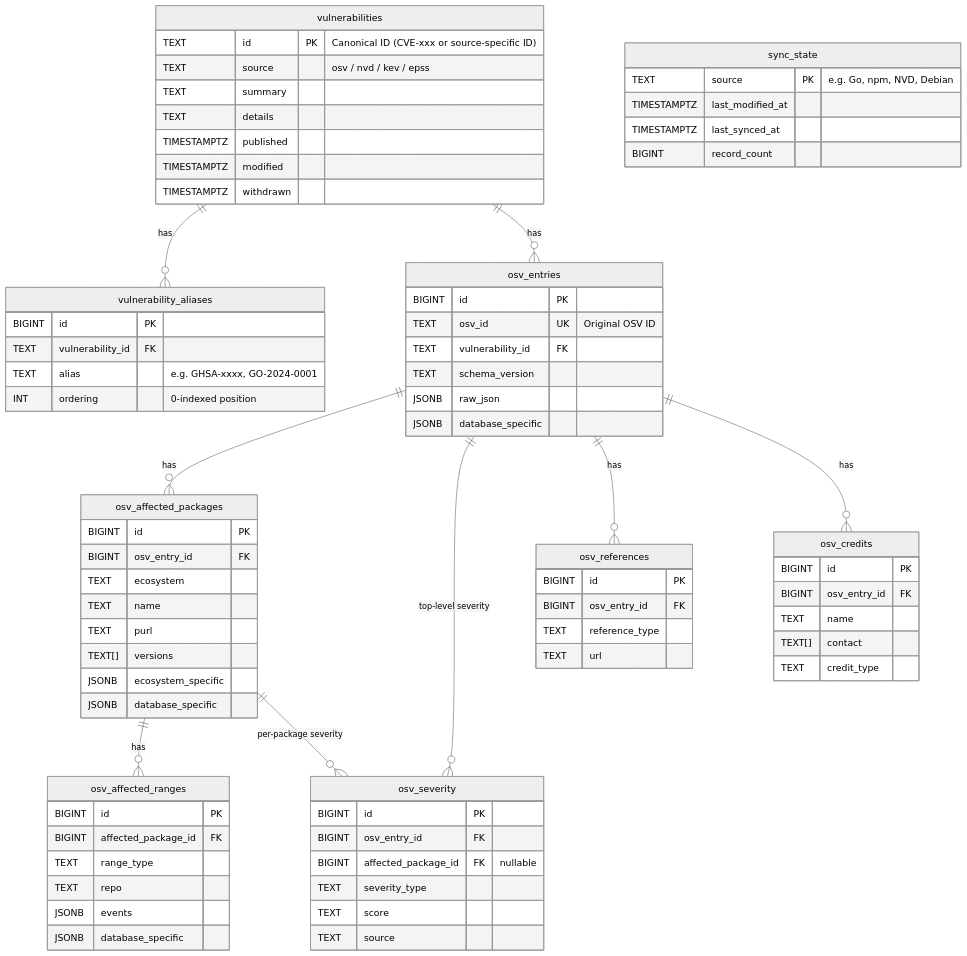
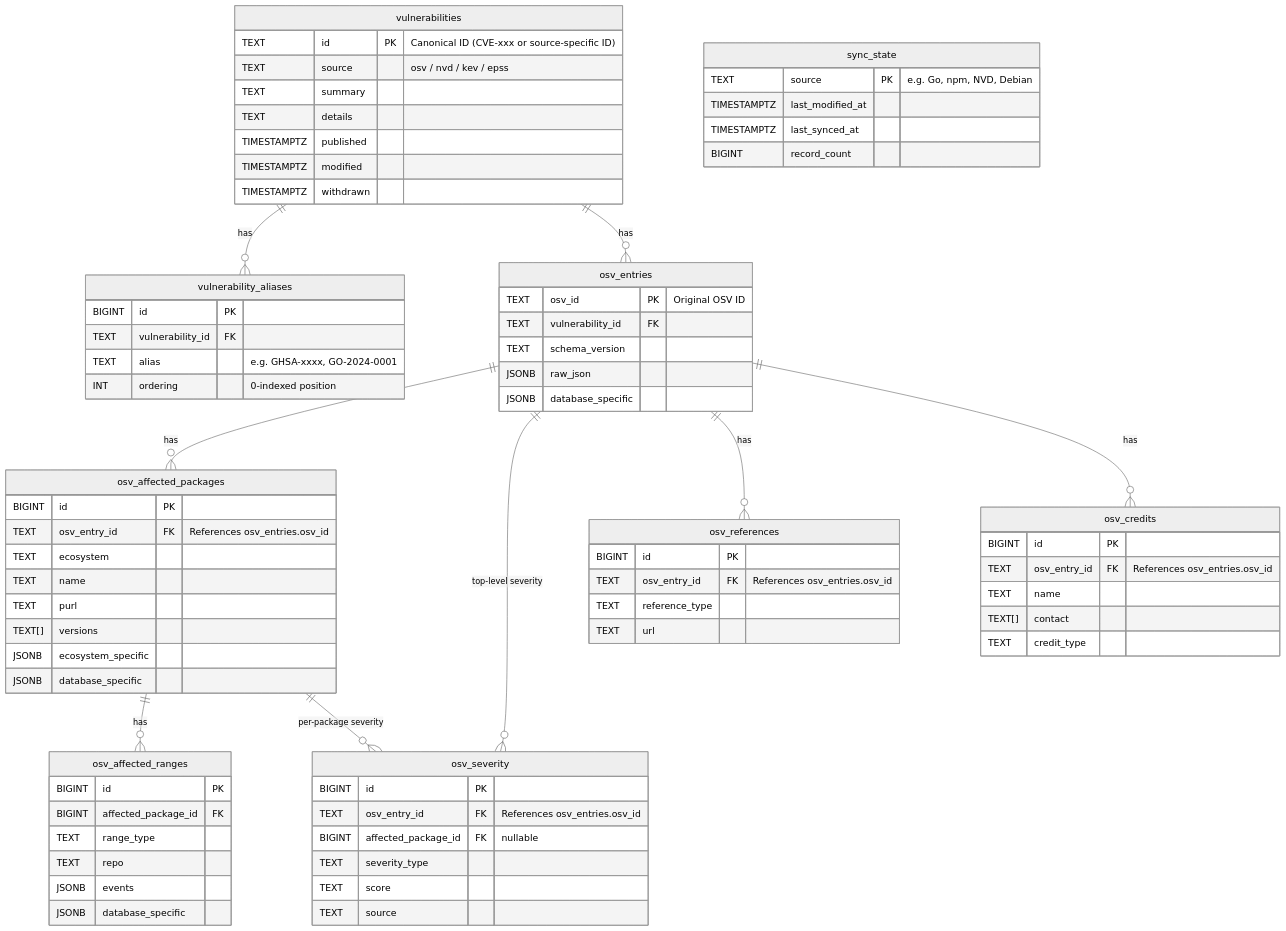
The diagram in .kiro/steering/erd.md (kato83/mayu), drawn with Mermaid (neutral theme) before and after one commit.

Commit message:
docs: update ERD for osv_entries TEXT PK change

```diff
--- a/.kiro/steering/erd.md
+++ b/.kiro/steering/erd.md
@@ -18,8 +18,7 @@
     }
 
     osv_entries {
-        BIGINT id PK
-        TEXT osv_id UK "Original OSV ID"
+        TEXT osv_id PK "Original OSV ID"
         TEXT vulnerability_id FK
         TEXT schema_version
         JSONB raw_json
@@ -28,7 +27,7 @@
 
     osv_affected_packages {
         BIGINT id PK
-        BIGINT osv_entry_id FK
+        TEXT osv_entry_id FK "References osv_entries.osv_id"
         TEXT ecosystem
         TEXT name
         TEXT purl
@@ -48,7 +47,7 @@
 
     osv_severity {
         BIGINT id PK
-        BIGINT osv_entry_id FK
+        TEXT osv_entry_id FK "References osv_entries.osv_id"
         BIGINT affected_package_id FK "nullable"
         TEXT severity_type
         TEXT score
@@ -57,14 +56,14 @@
 
     osv_references {
         BIGINT id PK
-        BIGINT osv_entry_id FK
+        TEXT osv_entry_id FK "References osv_entries.osv_id"
         TEXT reference_type
         TEXT url
     }
 
     osv_credits {
         BIGINT id PK
-        BIGINT osv_entry_id FK
+        TEXT osv_entry_id FK "References osv_entries.osv_id"
         TEXT name
         TEXT[] contact
         TEXT credit_type
```
